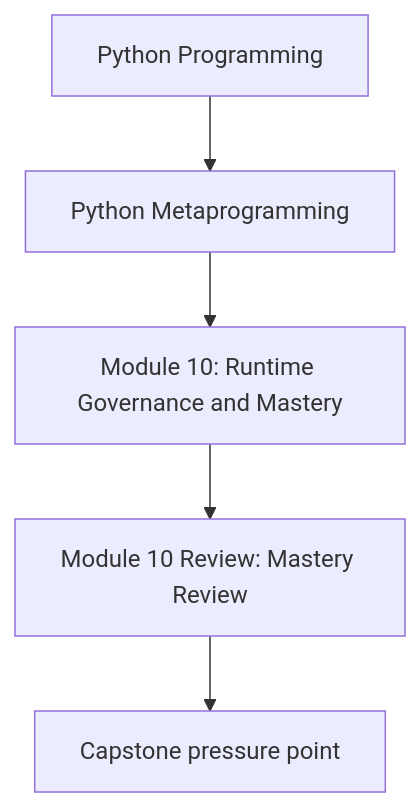
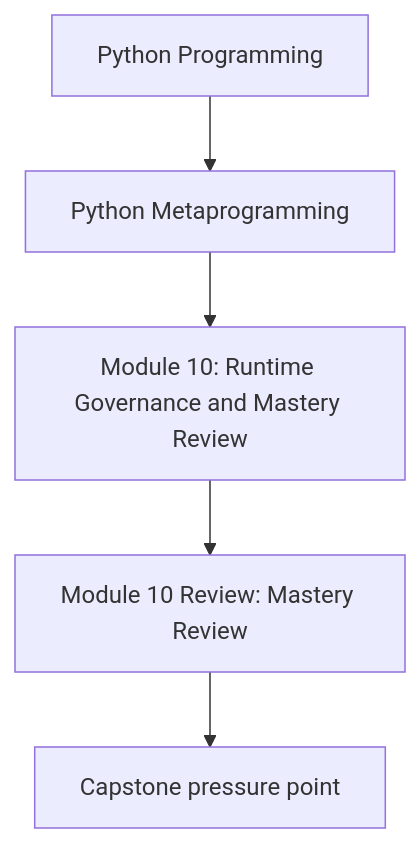
One commit to bijux/bijux-masterclass changed the first of 2 diagrams in programs/python-programming/python-meta-programming/course-book/module-10-runtime-governance-and-mastery/mastery-review.md. Above: the diagram before and after it, drawn with Mermaid. The commit also changed 241 other files, not shown here.

````diff
--- a/programs/python-programming/python-meta-programming/course-book/module-10-runtime-governance-and-mastery/mastery-review.md
+++ b/programs/python-programming/python-meta-programming/course-book/module-10-runtime-governance-and-mastery/mastery-review.md
@@ -7,7 +7,7 @@
 ```mermaid
 flowchart TD
   family["Python Programming"] --> program["Python Metaprogramming"]
-  program --> module["Module 10: Runtime Governance and Mastery"]
+  program --> module["Module 10: Runtime Governance and Mastery Review"]
   module --> concept["Module 10 Review: Mastery Review"]
   concept --> capstone["Capstone pressure point"]
 ```
````
